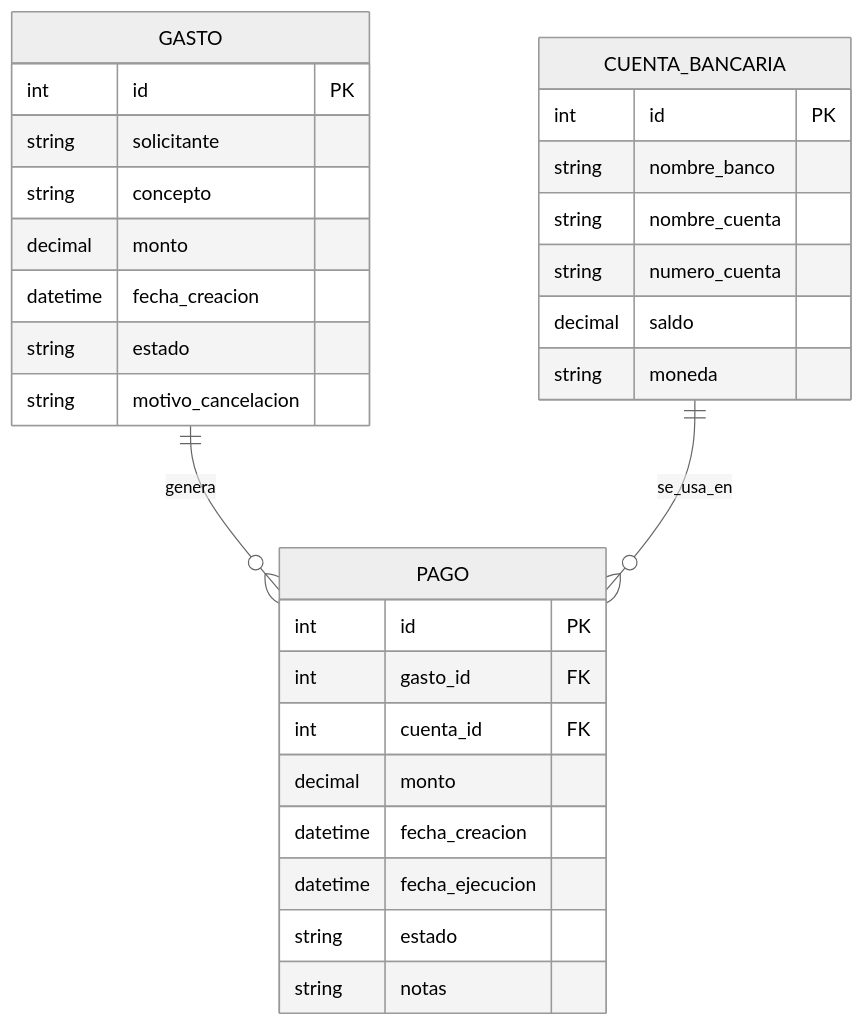
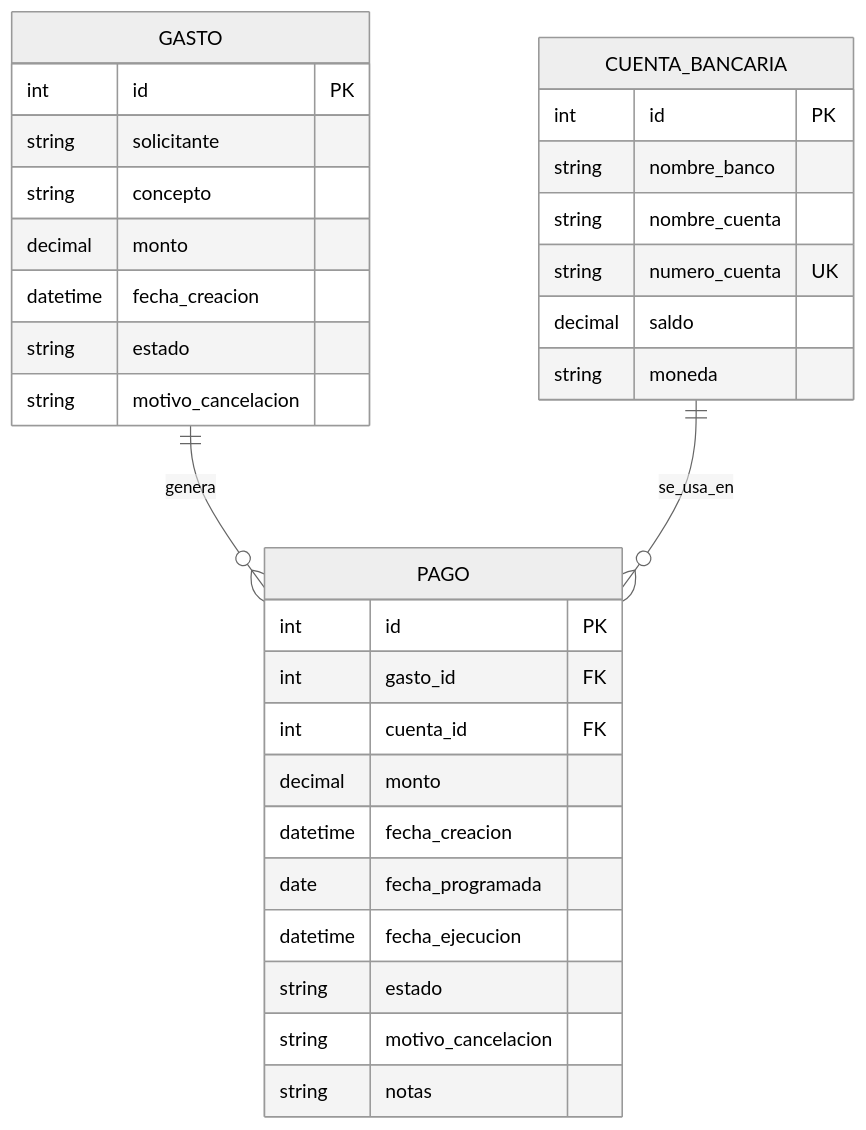
One commit to IsaacDrp/RGVV-Soluciones-Evaluacion changed the third of 3 diagrams in README.md. Above: the diagram before and after it, drawn with Mermaid (neutral theme).

Commit message:
actualizacion del diagrama ER

````diff
--- a/README.md
+++ b/README.md
@@ -150,35 +150,37 @@
 ```mermaid
 erDiagram
     GASTO {
         int id PK
         string solicitante
         string concepto
         decimal monto
         datetime fecha_creacion
         string estado
         string motivo_cancelacion
     }
 
     PAGO {
         int id PK
         int gasto_id FK
         int cuenta_id FK
         decimal monto
         datetime fecha_creacion
+        date fecha_programada
         datetime fecha_ejecucion
         string estado
+        string motivo_cancelacion
         string notas
     }
 
     CUENTA_BANCARIA {
         int id PK
         string nombre_banco
         string nombre_cuenta
-        string numero_cuenta
+        string numero_cuenta UK
         decimal saldo
         string moneda
     }
 
     GASTO ||--o{ PAGO : genera
     CUENTA_BANCARIA ||--o{ PAGO : se_usa_en
 ```
````
